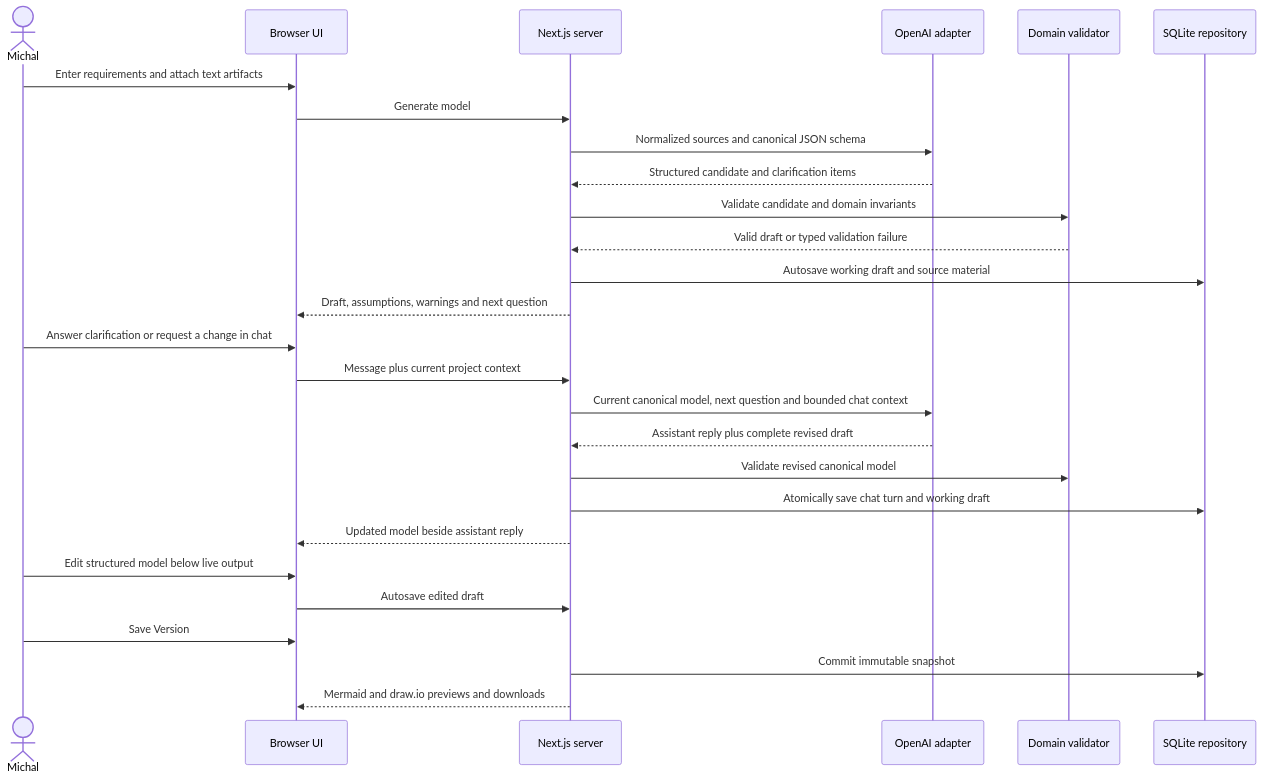
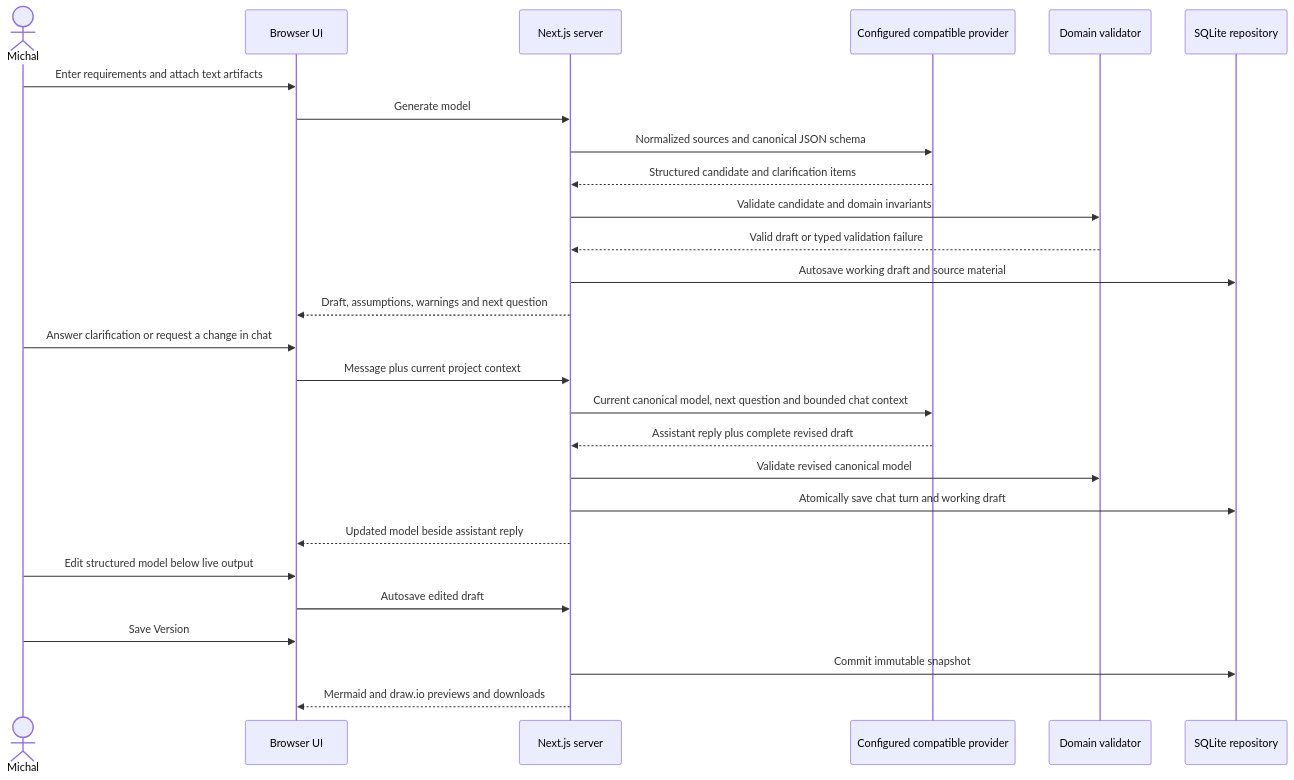
One commit to MikeS071/data-model-agent changed the second of 2 diagrams in docs/features/data-model-agent/design.md. Above: the diagram before and after it, drawn with Mermaid. The commit also changed other lines of this file and 1 other file, not shown here.

Commit message:
docs: accept provider and workspace settings design

````diff
--- a/docs/features/data-model-agent/design.md
+++ b/docs/features/data-model-agent/design.md
@@ -107,29 +116,29 @@
 ```mermaid
 sequenceDiagram
   actor Michal
   participant UI as Browser UI
   participant App as Next.js server
-  participant AI as OpenAI adapter
+  participant AI as Configured compatible provider
   participant Domain as Domain validator
   participant DB as SQLite repository
   Michal->>UI: Enter requirements and attach text artifacts
   UI->>App: Generate model
   App->>AI: Normalized sources and canonical JSON schema
   AI-->>App: Structured candidate and clarification items
   App->>Domain: Validate candidate and domain invariants
   Domain-->>App: Valid draft or typed validation failure
   App->>DB: Autosave working draft and source material
   App-->>UI: Draft, assumptions, warnings and next question
   Michal->>UI: Answer clarification or request a change in chat
   UI->>App: Message plus current project context
   App->>AI: Current canonical model, next question and bounded chat context
   AI-->>App: Assistant reply plus complete revised draft
   App->>Domain: Validate revised canonical model
   App->>DB: Atomically save chat turn and working draft
   App-->>UI: Updated model beside assistant reply
   Michal->>UI: Edit structured model below live output
   UI->>App: Autosave edited draft
   Michal->>UI: Save Version
   App->>DB: Commit immutable snapshot
   App-->>UI: Mermaid and draw.io previews and downloads
 ```
````
